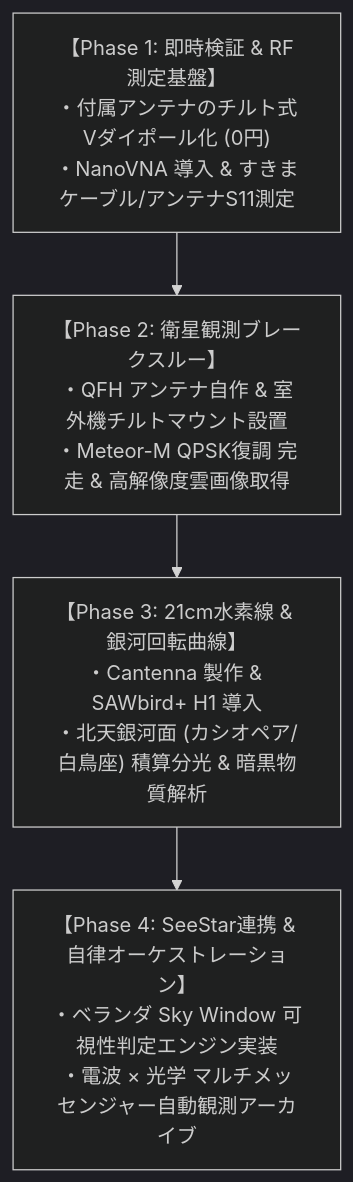
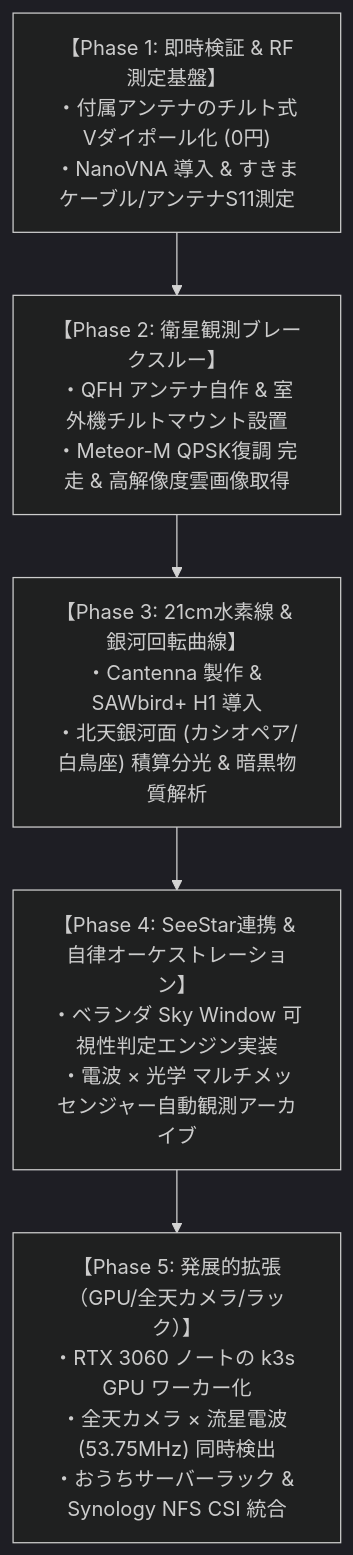
Before and after one commit to tozastation/radio-astronomy: the diagram in docs/superpowers/specs/2026-10-12-balcony-radio-astronomy-update-design.md, drawn with Mermaid (dark theme). The commit also changed other lines of this file, not shown here.

Commit message:
docs: RTX 3060 GPU ワーカー、全天カメラ、おうちラックの将来展望を仕様書に追記

````diff
--- a/docs/superpowers/specs/2026-10-12-balcony-radio-astronomy-update-design.md
+++ b/docs/superpowers/specs/2026-10-12-balcony-radio-astronomy-update-design.md
@@ -196,11 +196,13 @@
 ```mermaid
 flowchart TD
     Phase1["【Phase 1: 即時検証 & RF測定基盤】<br/>・付属アンテナのチルト式Vダイポール化 (0円)<br/>・NanoVNA 導入 & すきまケーブル/アンテナS11測定"]
     Phase2["【Phase 2: 衛星観測ブレークスルー】<br/>・QFH アンテナ自作 & 室外機チルトマウント設置<br/>・Meteor-M QPSK復調 完走 & 高解像度雲画像取得"]
     Phase3["【Phase 3: 21cm水素線 & 銀河回転曲線】<br/>・Cantenna 製作 & SAWbird+ H1 導入<br/>・北天銀河面 (カシオペア/白鳥座) 積算分光 & 暗黒物質解析"]
     Phase4["【Phase 4: SeeStar連携 & 自律オーケストレーション】<br/>・ベランダ Sky Window 可視性判定エンジン実装<br/>・電波 × 光学 マルチメッセンジャー自動観測アーカイブ"]
+    Phase5["【Phase 5: 発展的拡張（GPU/全天カメラ/ラック）】<br/>・RTX 3060 ノートの k3s GPU ワーカー化<br/>・全天カメラ × 流星電波 (53.75MHz) 同時検出<br/>・おうちサーバーラック & Synology NFS CSI 統合"]
 
     Phase1 --> Phase2
     Phase2 --> Phase3
     Phase3 --> Phase4
+    Phase4 --> Phase5
 ```
````
